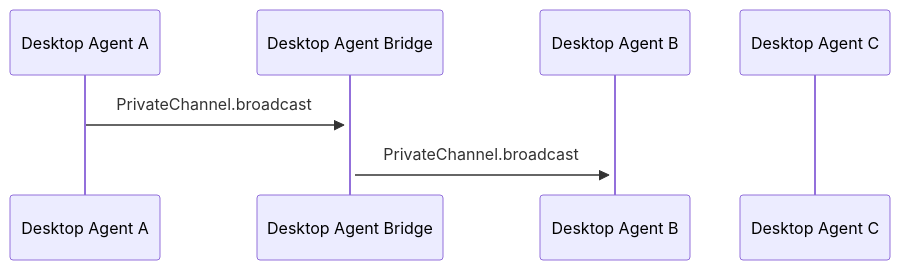
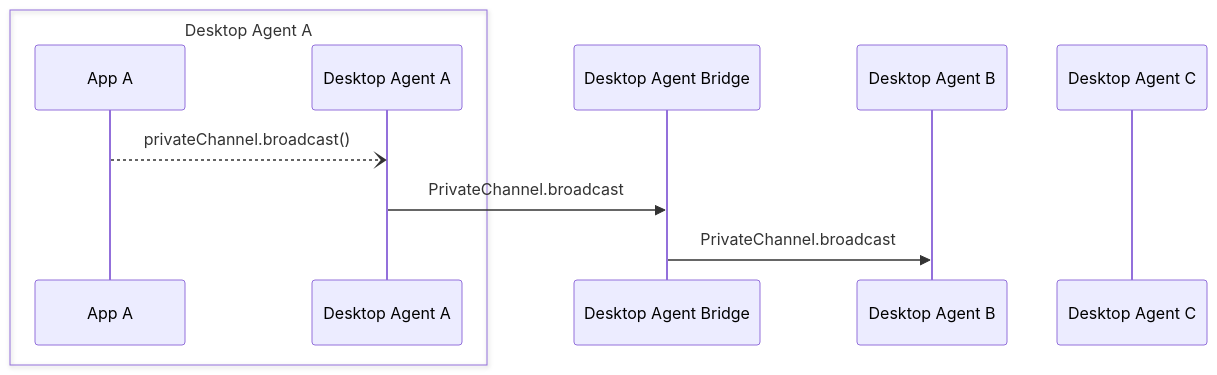
One commit to finos/FDC3 changed the diagram in docs/agent-bridging/ref/PrivateChannel.broadcast.md. Above: the diagram before and after it, drawn with Mermaid. The commit also changed 12 other files, not shown here.

First line of the commit message:
Add the app to each reference page mermaid diagram to clarify how mes… (#80)

````diff
--- a/docs/agent-bridging/ref/PrivateChannel.broadcast.md
+++ b/docs/agent-bridging/ref/PrivateChannel.broadcast.md
@@ -21,9 +21,13 @@
 ```mermaid
 sequenceDiagram
+    box Desktop Agent A
+    participant AA as App A
     participant DA as Desktop Agent A
+    end
     participant DAB as Desktop Agent Bridge
     participant DB as Desktop Agent B
     participant DC as Desktop Agent C
-    DA ->>+ DAB: PrivateChannel.broadcast
-    DAB ->>+ DB: PrivateChannel.broadcast
+    AA --) DA: privateChannel.broadcast()
+    DA ->> DAB: PrivateChannel.broadcast
+    DAB ->> DB: PrivateChannel.broadcast
 ```
````
